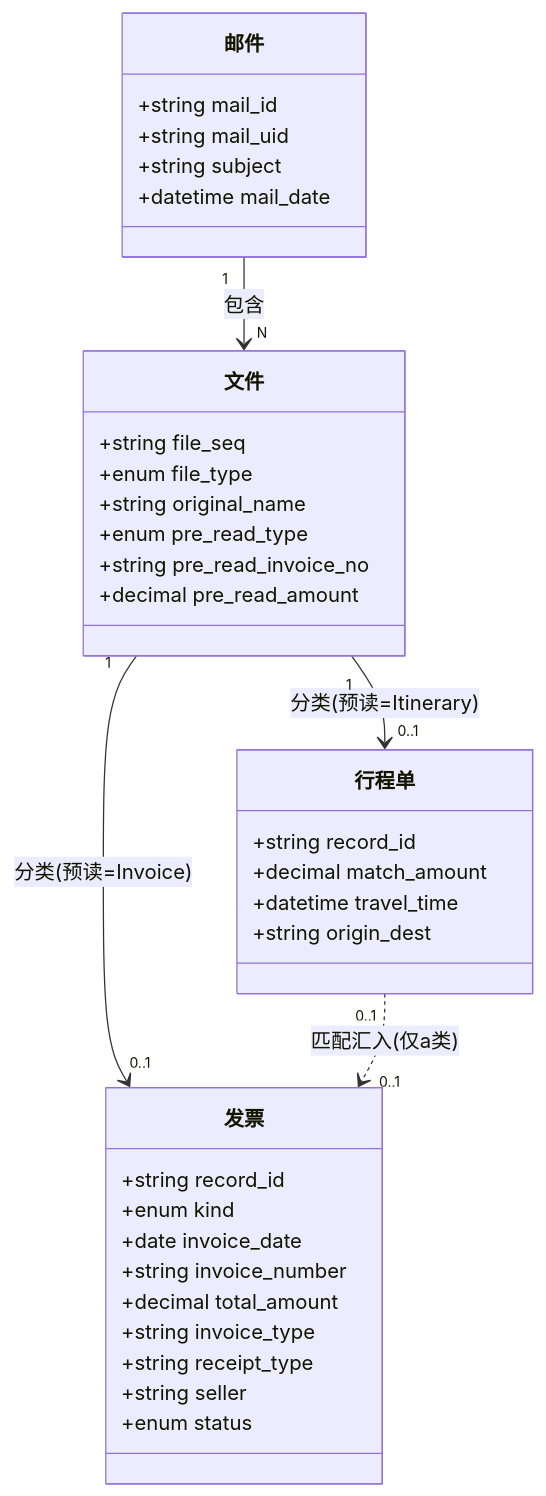
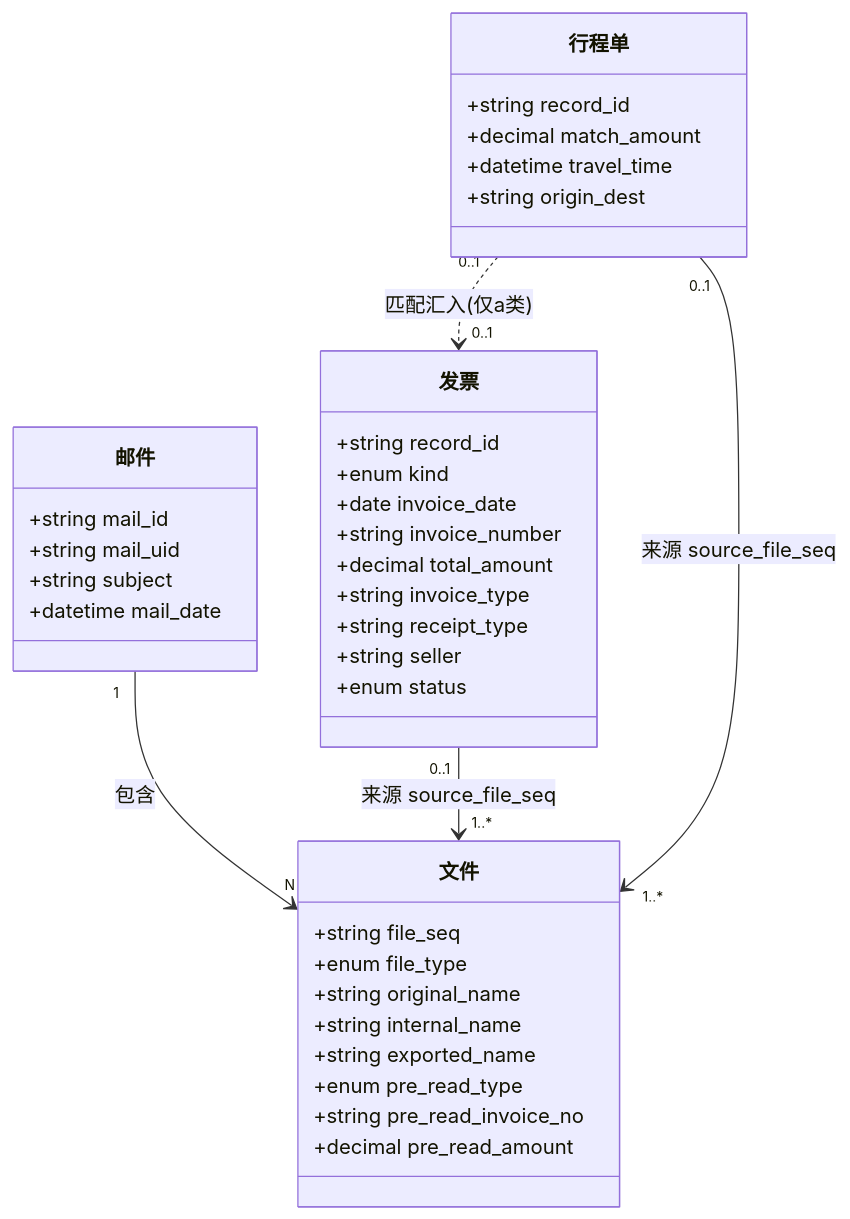
Before and after one commit to MUKE-git/Fapiao_Task: the second of 3 diagrams in 01 docs/01 project/重构方案.md, drawn with Mermaid. The commit also changed other lines of this file and 54 other files, not shown here.

````diff
--- a/01 docs/01 project/重构方案.md
+++ b/01 docs/01 project/重构方案.md
@@ -173,39 +149,44 @@
 ```mermaid
+%% 合并后的业务记录与来源文件关系；一条业务记录可关联多份来源文件。
+%% 不表示单文件处理器的临时候选；未形成业务记录的文件也可独立登记。
+%% 发票类型可空；票面类型缺失时分类暂空并人工待核。金额 Decimal 最多四位，JSON 十进制字符串。
 classDiagram
     邮件 "1" --> "N" 文件 : 包含
-    文件 "1" --> "0..1" 发票 : 分类(预读=Invoice)
-    文件 "1" --> "0..1" 行程单 : 分类(预读=Itinerary)
+    发票 "0..1" --> "1..*" 文件 : 来源 source_file_seq
+    行程单 "0..1" --> "1..*" 文件 : 来源 source_file_seq
     行程单 "0..1" ..> "0..1" 发票 : 匹配汇入(仅a类)
 
     class 邮件 {
         +string mail_id
         +string mail_uid
         +string subject
         +datetime mail_date
     }
     class 文件 {
         +string file_seq
         +enum file_type
         +string original_name
+        +string internal_name
+        +string exported_name
         +enum pre_read_type
         +string pre_read_invoice_no
         +decimal pre_read_amount
     }
     class 发票 {
         +string record_id
         +enum kind
         +date invoice_date
         +string invoice_number
         +decimal total_amount
         +string invoice_type
         +string receipt_type
         +string seller
         +enum status
     }
     class 行程单 {
         +string record_id
         +decimal match_amount
         +datetime travel_time
         +string origin_dest
     }
 ```
````
